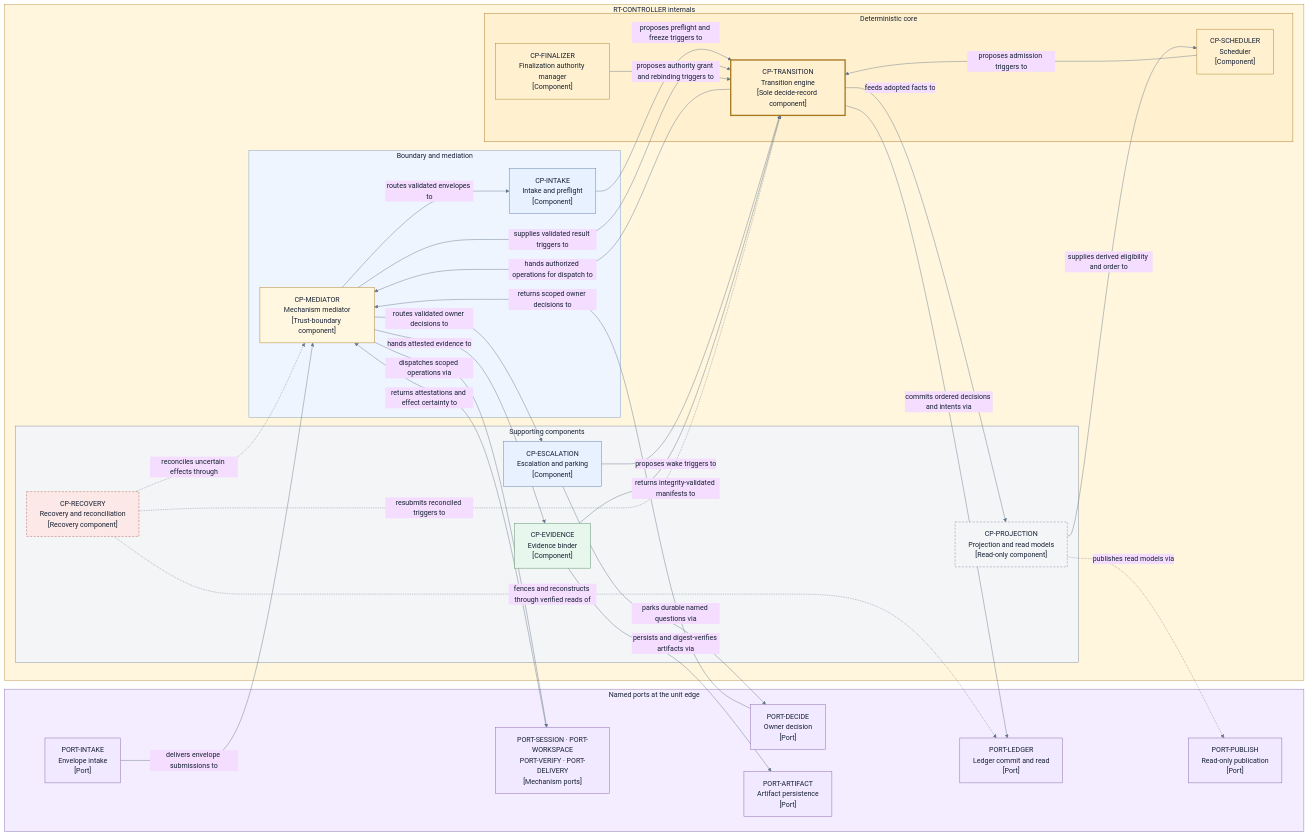
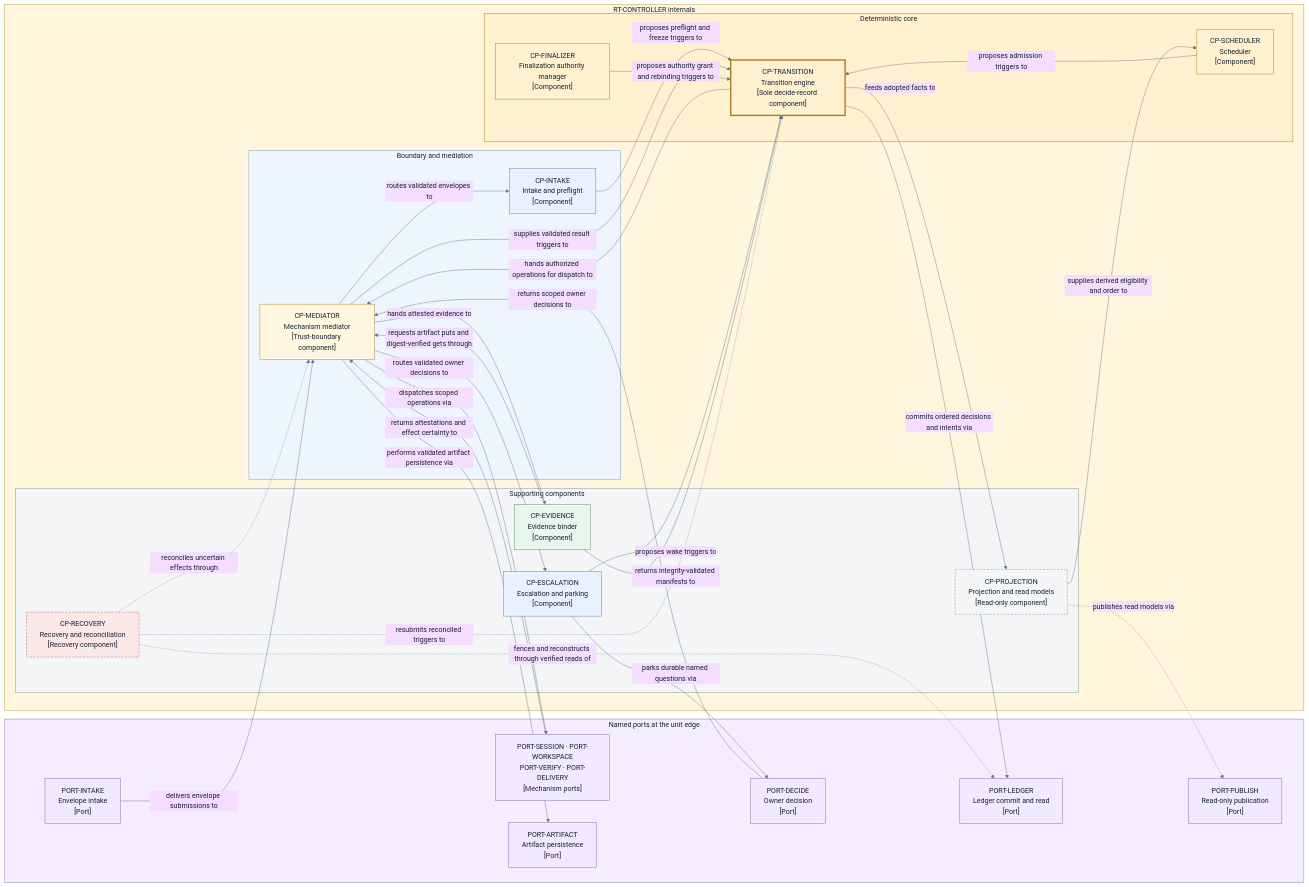
The diagram in docs/redesign/design/components/control-plane.md (agentic-workflow-kit/jig), drawn with Mermaid before and after one commit. The commit also changed other lines of this file and 10 other files, not shown here.

````diff
--- a/docs/redesign/design/components/control-plane.md
+++ b/docs/redesign/design/components/control-plane.md
@@ -99,76 +110,77 @@
 ```mermaid
 %%{init: {"theme": "base", "themeVariables": {"fontFamily": "Inter, ui-sans-serif, system-ui", "primaryTextColor": "#172033", "lineColor": "#65758b"}}}%%
 flowchart LR
     subgraph Ports["Named ports at the unit edge"]
         PIntake["PORT-INTAKE<br/>Envelope intake<br/>[Port]"]
         PDecide["PORT-DECIDE<br/>Owner decision<br/>[Port]"]
         PMech["PORT-SESSION · PORT-WORKSPACE<br/>PORT-VERIFY · PORT-DELIVERY<br/>[Mechanism ports]"]
         PLedger["PORT-LEDGER<br/>Ledger commit and read<br/>[Port]"]
         PArtifact["PORT-ARTIFACT<br/>Artifact persistence<br/>[Port]"]
         PPublish["PORT-PUBLISH<br/>Read-only publication<br/>[Port]"]
     end
 
     subgraph Controller["RT-CONTROLLER internals"]
         subgraph Boundary["Boundary and mediation"]
             Mediator["CP-MEDIATOR<br/>Mechanism mediator<br/>[Trust-boundary component]"]
             Intake["CP-INTAKE<br/>Intake and preflight<br/>[Component]"]
         end
         subgraph Core["Deterministic core"]
             Transition["CP-TRANSITION<br/>Transition engine<br/>[Sole decide-record component]"]
             Scheduler["CP-SCHEDULER<br/>Scheduler<br/>[Component]"]
             Finalizer["CP-FINALIZER<br/>Finalization authority manager<br/>[Component]"]
         end
         subgraph Support["Supporting components"]
             Evidence["CP-EVIDENCE<br/>Evidence binder<br/>[Component]"]
             Escalation["CP-ESCALATION<br/>Escalation and parking<br/>[Component]"]
             Recovery["CP-RECOVERY<br/>Recovery and reconciliation<br/>[Recovery component]"]
             Projection["CP-PROJECTION<br/>Projection and read models<br/>[Read-only component]"]
         end
     end
 
     PIntake -->|"delivers envelope submissions to"| Mediator
     PDecide -->|"returns scoped owner decisions to"| Mediator
     PMech -->|"returns attestations and effect certainty to"| Mediator
     Mediator -->|"routes validated envelopes to"| Intake
     Intake -->|"proposes preflight and freeze triggers to"| Transition
     Mediator -->|"supplies validated result triggers to"| Transition
     Mediator -->|"routes validated owner decisions to"| Escalation
     Mediator -->|"hands attested evidence to"| Evidence
     Escalation -->|"proposes wake triggers to"| Transition
     Escalation -->|"parks durable named questions via"| PDecide
     Scheduler -->|"proposes admission triggers to"| Transition
     Finalizer -->|"proposes authority grant and rebinding triggers to"| Transition
-    Evidence -->|"persists and digest-verifies artifacts via"| PArtifact
+    Evidence -->|"requests artifact puts and digest-verified gets through"| Mediator
+    Mediator -->|"performs validated artifact persistence via"| PArtifact
     Evidence -->|"returns integrity-validated manifests to"| Transition
     Transition -->|"commits ordered decisions and intents via"| PLedger
     Transition -->|"hands authorized operations for dispatch to"| Mediator
     Mediator -->|"dispatches scoped operations via"| PMech
     Transition -->|"feeds adopted facts to"| Projection
     Projection -->|"supplies derived eligibility and order to"| Scheduler
     Projection -.->|"publishes read models via"| PPublish
     Recovery -.->|"fences and reconstructs through verified reads of"| PLedger
     Recovery -.->|"reconciles uncertain effects through"| Mediator
     Recovery -.->|"resubmits reconciled triggers to"| Transition
 
     style Ports fill:#f3edff,stroke:#8a6eb0,color:#172033
     style Controller fill:#fff6dd,stroke:#b8903a,color:#172033
     style Boundary fill:#eef5ff,stroke:#7a96bd,color:#172033
     style Core fill:#fff1cf,stroke:#a8781f,color:#172033
     style Support fill:#f4f5f7,stroke:#7c8798,color:#172033
     classDef port fill:#f1e9ff,stroke:#8061a8,color:#172033
     classDef trust fill:#fff7df,stroke:#a8781f,color:#172033
     classDef component fill:#e8f1ff,stroke:#5a78a8,color:#172033
     classDef core fill:#fff1cf,stroke:#a8781f,color:#172033
     classDef authority fill:#fff1cf,stroke:#a8781f,stroke-width:3px,color:#172033
     classDef evidence fill:#e8f7ed,stroke:#4f8a63,color:#172033
     classDef recovery fill:#fce8e6,stroke:#a7615b,stroke-dasharray:5 3,color:#172033
     classDef readonly fill:#f4f5f7,stroke:#7c8798,stroke-dasharray:5 3,color:#172033
     class PIntake,PDecide,PMech,PLedger,PArtifact,PPublish port
     class Mediator trust
     class Intake,Escalation component
     class Transition authority
     class Scheduler,Finalizer core
     class Evidence evidence
     class Recovery recovery
     class Projection readonly
 ```
````
